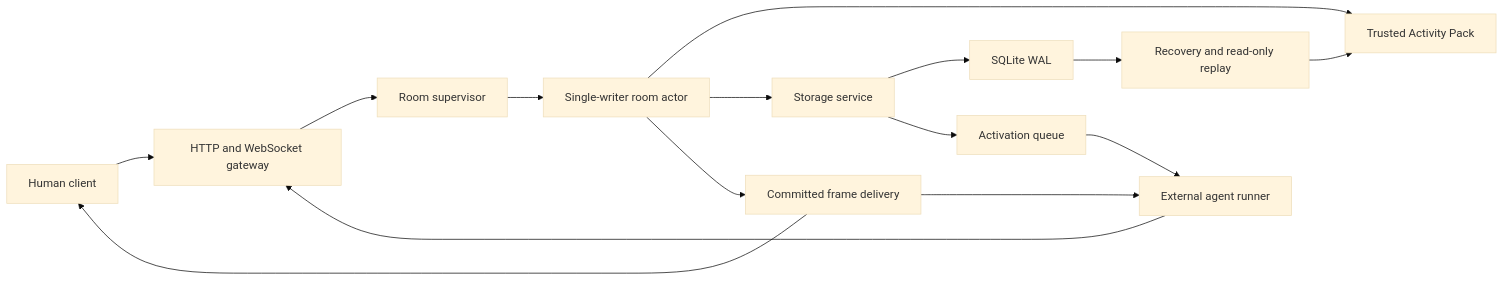
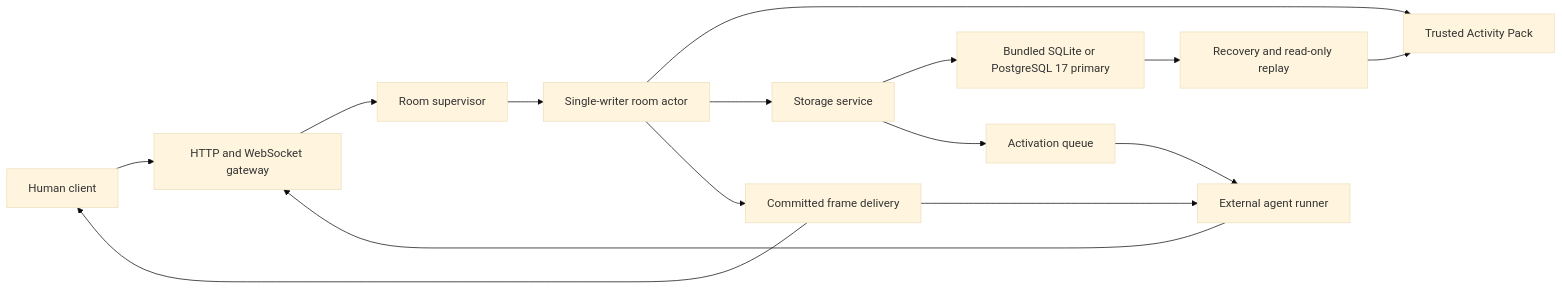
One commit to imom39a/worldstream changed the first of 3 diagrams in docs/architecture.md. Above: the diagram before and after it, drawn with Mermaid (base theme). The commit also changed other lines of this file and 9 other files, not shown here.

```diff
--- a/docs/architecture.md
+++ b/docs/architecture.md
@@ -13,17 +13,17 @@
 ~~~mermaid
 flowchart LR
     HC["Human client"] --> GW["HTTP and WebSocket gateway"]
     AR["External agent runner"] --> GW
     GW --> RS["Room supervisor"]
     RS --> RA["Single-writer room actor"]
     RA --> AP["Trusted Activity Pack"]
     RA --> ST["Storage service"]
-    ST --> DB["SQLite WAL"]
+    ST --> DB["Bundled SQLite or PostgreSQL 17 primary"]
     RA --> DL["Committed frame delivery"]
     DL --> HC
     DL --> AR
     ST --> AC["Activation queue"]
     AC --> AR
     DB --> RP["Recovery and read-only replay"]
     RP --> AP
 ~~~
```
